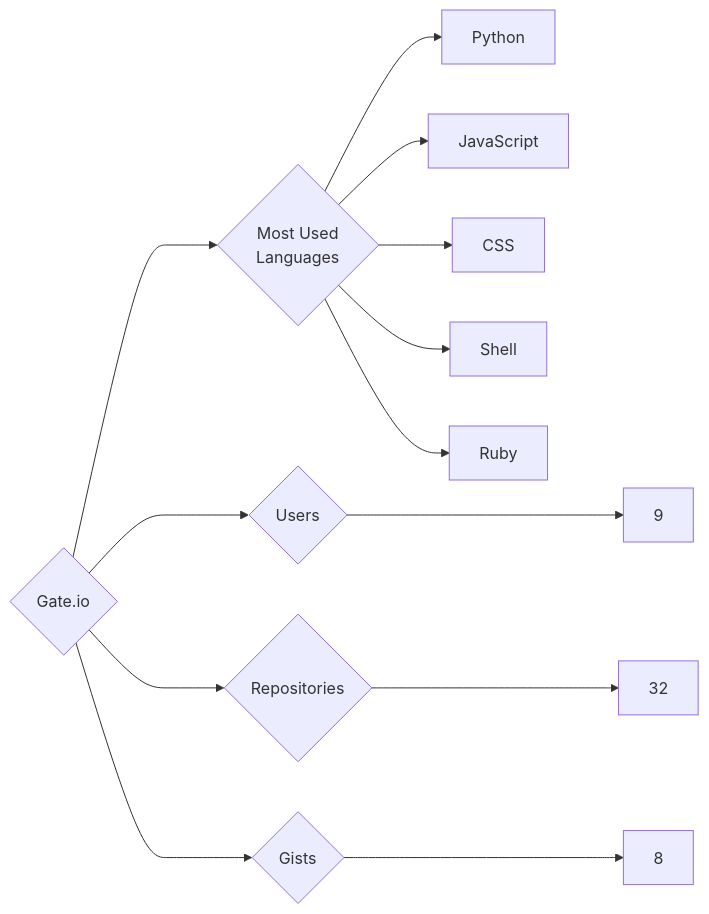
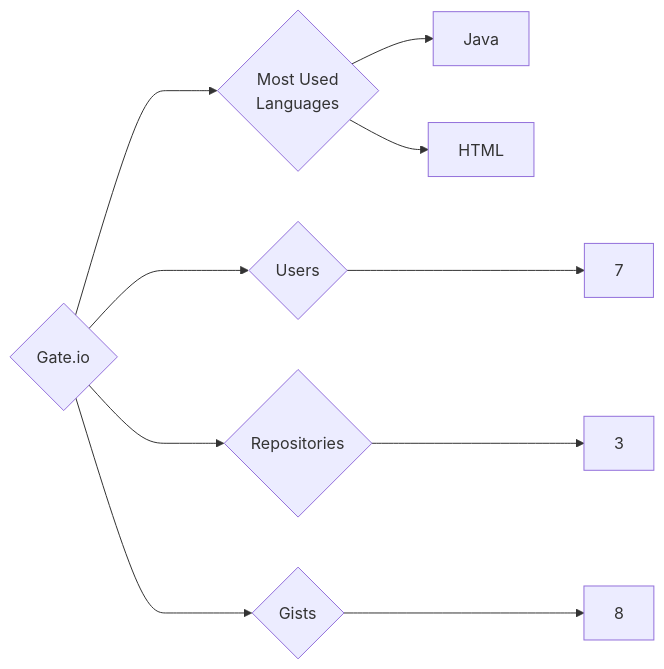
Before and after one commit to trickest/insiders: the diagram in targets/Gate.io/README.md, drawn with Mermaid. The commit also changed 1055 other files, not shown here.

````diff
--- a/targets/Gate.io/README.md
+++ b/targets/Gate.io/README.md
@@ -3,13 +3,10 @@
 ```mermaid
 graph LR
 COMPANY_NAME{Gate.io}
-COMPANY_NAME ---> U{Users} ---> UN[9]
-COMPANY_NAME ---> R{Repositories} ---> RN[32]
+COMPANY_NAME ---> U{Users} ---> UN[7]
+COMPANY_NAME ---> R{Repositories} ---> RN[3]
 COMPANY_NAME ---> G{Gists} ---> GN[8]
 COMPANY_NAME ---> ML{Most Used<br>Languages}
-ML --> Python[Python]
-ML --> JavaScript[JavaScript]
-ML --> CSS[CSS]
-ML --> Shell[Shell]
-ML --> Ruby[Ruby]
+ML --> Java[Java]
+ML --> HTML[HTML]
 ```
````
